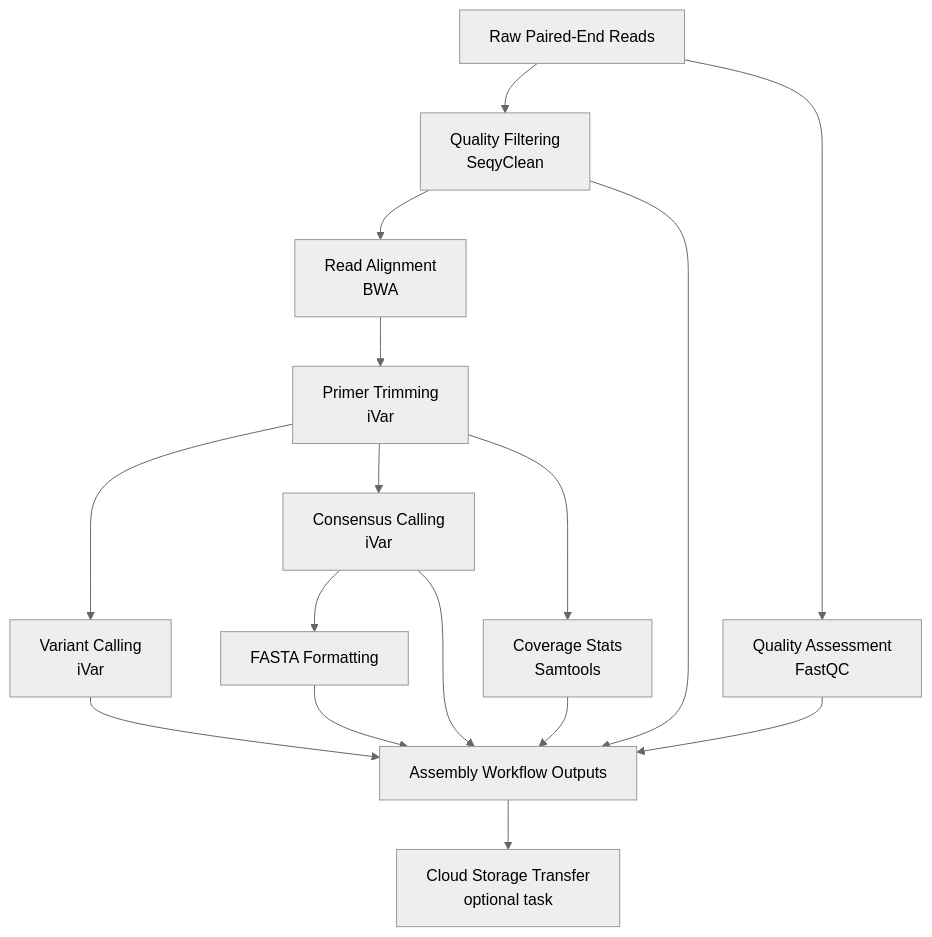
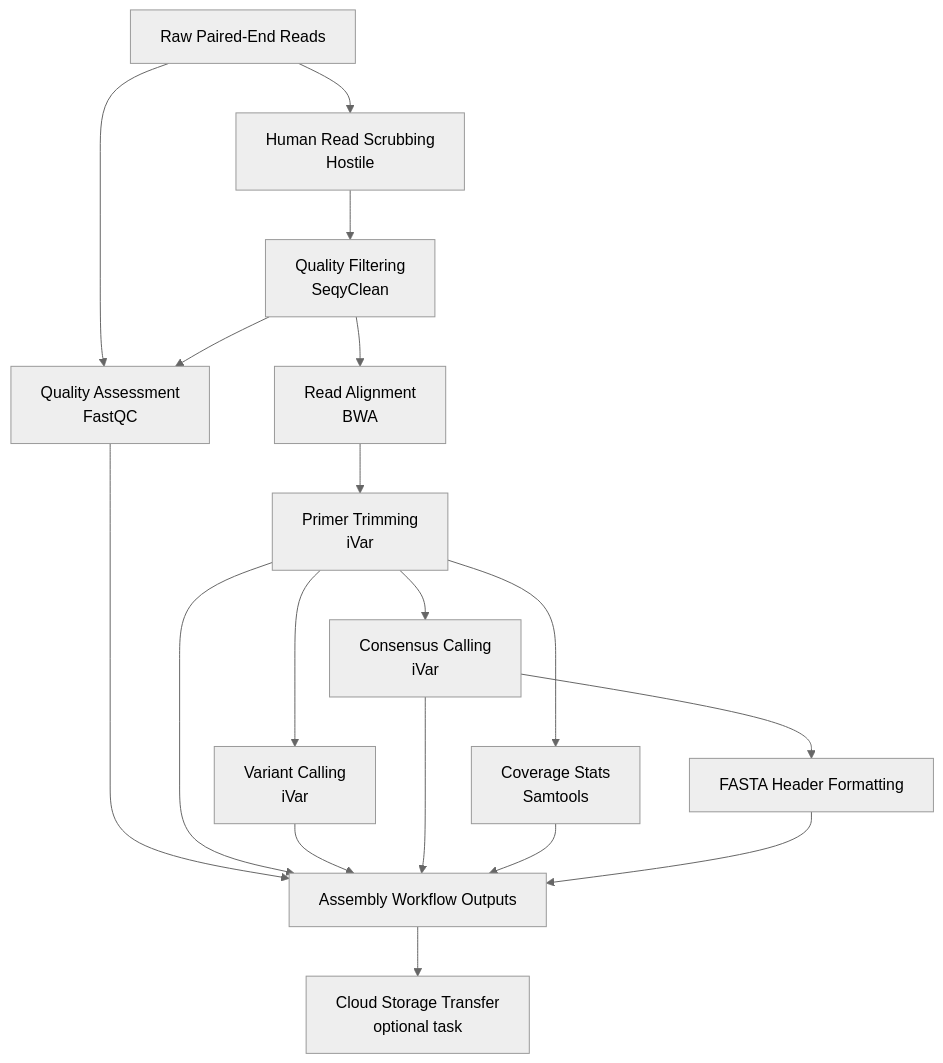
The first of 3 diagrams in README.md (CDPHE-bioinformatics/CDPHE-Viral-Amplicon-WDL), drawn with Mermaid (neutral theme) before and after one commit.

Commit message:
Update README.md
added hostile to pe assembly mermaid graph

````diff
--- a/README.md
+++ b/README.md
@@ -27,13 +27,14 @@
 ```mermaid
 graph TD
-    A[Raw Paired-End Reads] --> B[Quality Filtering<br/>SeqyClean]
-    A --> C[Quality Assessment<br/>FastQC]
-    B --> D[Read Alignment<br/>BWA]
-    D --> E[Primer Trimming<br/>iVar]
-    E --> F[Variant Calling<br/>iVar]
-    E --> G[Consensus Calling<br/>iVar]
-    E --> H[Coverage Stats<br/>Samtools]
-    G --> I[FASTA Formatting]
-    B & C & F & G & H & I --> J[Assembly Workflow Outputs]
-    J --> K[Cloud Storage Transfer<br/>optional task]
+    A[Raw Paired-End Reads] --> B[Human Read Scrubbing<br/>Hostile]
+    B --> C[Quality Filtering<br/>SeqyClean]
+    A & C --> D[Quality Assessment<br/>FastQC]
+    C --> E[Read Alignment<br/>BWA]
+    E --> F[Primer Trimming<br/>iVar]
+    F --> G[Variant Calling<br/>iVar]
+    F --> H[Consensus Calling<br/>iVar]
+    F --> I[Coverage Stats<br/>Samtools]
+    H --> J[FASTA Header Formatting]
+    D & F & G & H & I & J --> K[Assembly Workflow Outputs]
+    K --> L[Cloud Storage Transfer<br/>optional task]
 ```
````
